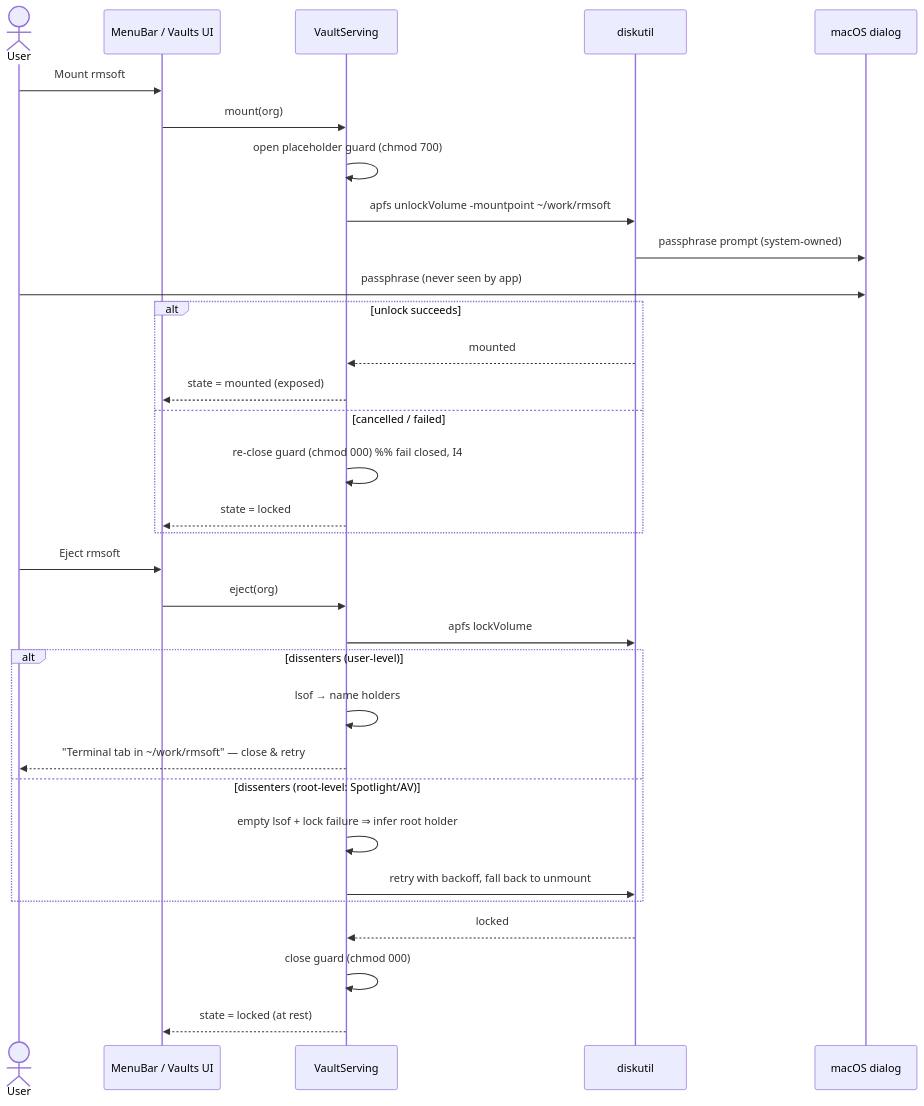
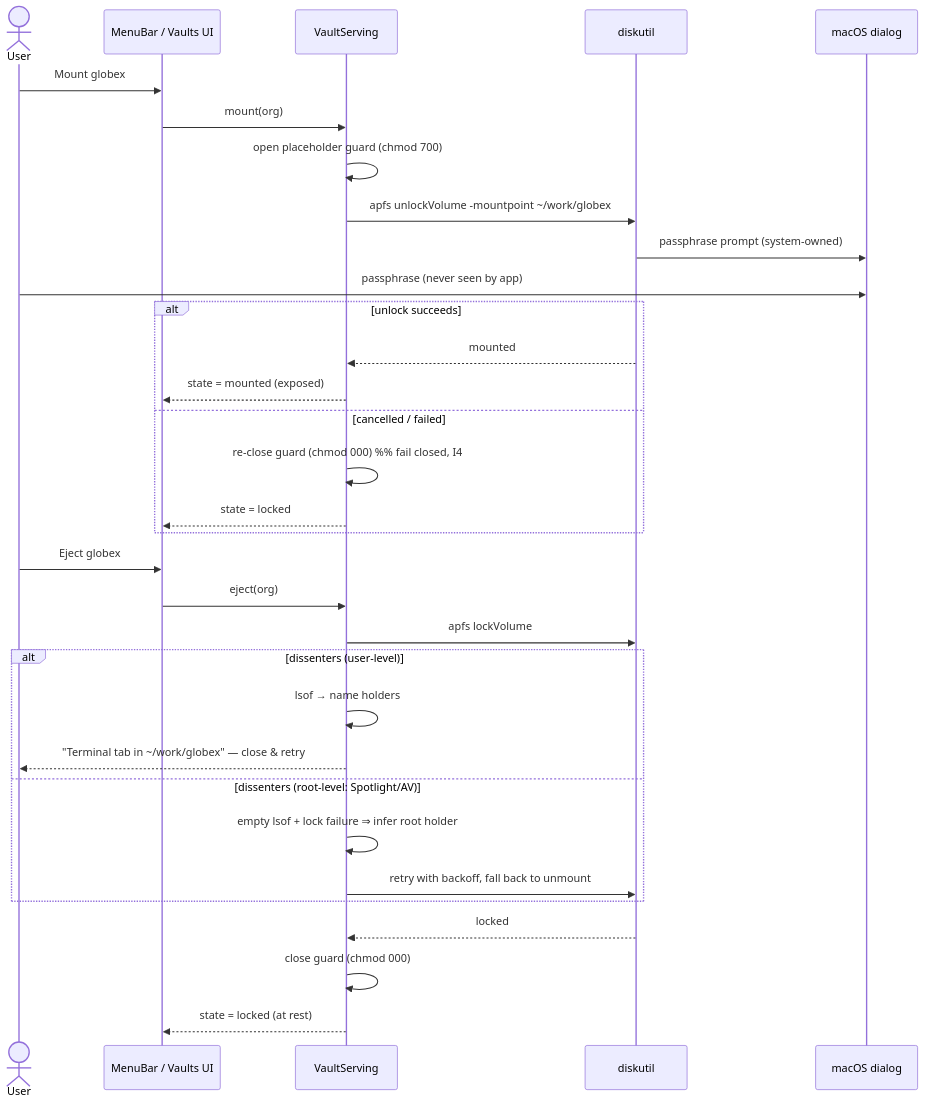
The third of 4 diagrams in docs/data-flow.md (tugane/Vaultkit), drawn with Mermaid before and after one commit. The commit also changed 6 other files, not shown here.

````diff
--- a/docs/data-flow.md
+++ b/docs/data-flow.md
@@ -107,36 +107,36 @@
 ```mermaid
 sequenceDiagram
     actor U as User
     participant M as MenuBar / Vaults UI
     participant V as VaultServing
     participant S as diskutil
     participant OS as macOS dialog
 
-    U->>M: Mount rmsoft
+    U->>M: Mount globex
     M->>V: mount(org)
     V->>V: open placeholder guard (chmod 700)
-    V->>S: apfs unlockVolume -mountpoint ~/work/rmsoft
+    V->>S: apfs unlockVolume -mountpoint ~/work/globex
     S->>OS: passphrase prompt (system-owned)
     U->>OS: passphrase (never seen by app)
     alt unlock succeeds
         S-->>V: mounted
         V-->>M: state = mounted (exposed)
     else cancelled / failed
         V->>V: re-close guard (chmod 000)  %% fail closed, I4
         V-->>M: state = locked
     end
 
-    U->>M: Eject rmsoft
+    U->>M: Eject globex
     M->>V: eject(org)
     V->>S: apfs lockVolume
     alt dissenters (user-level)
         V->>V: lsof → name holders
-        V-->>U: "Terminal tab in ~/work/rmsoft" — close & retry
+        V-->>U: "Terminal tab in ~/work/globex" — close & retry
     else dissenters (root-level: Spotlight/AV)
         V->>V: empty lsof + lock failure ⇒ infer root holder
         V->>S: retry with backoff, fall back to unmount
     end
     S-->>V: locked
     V->>V: close guard (chmod 000)
     V-->>M: state = locked (at rest)
 ```
````
